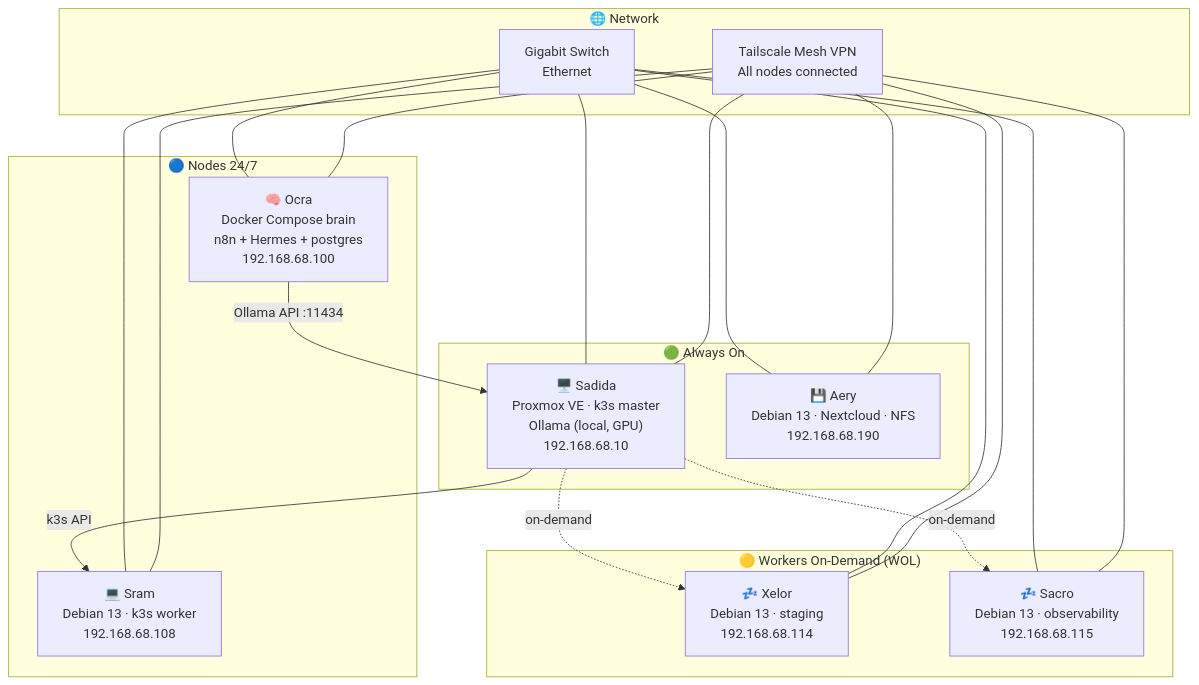
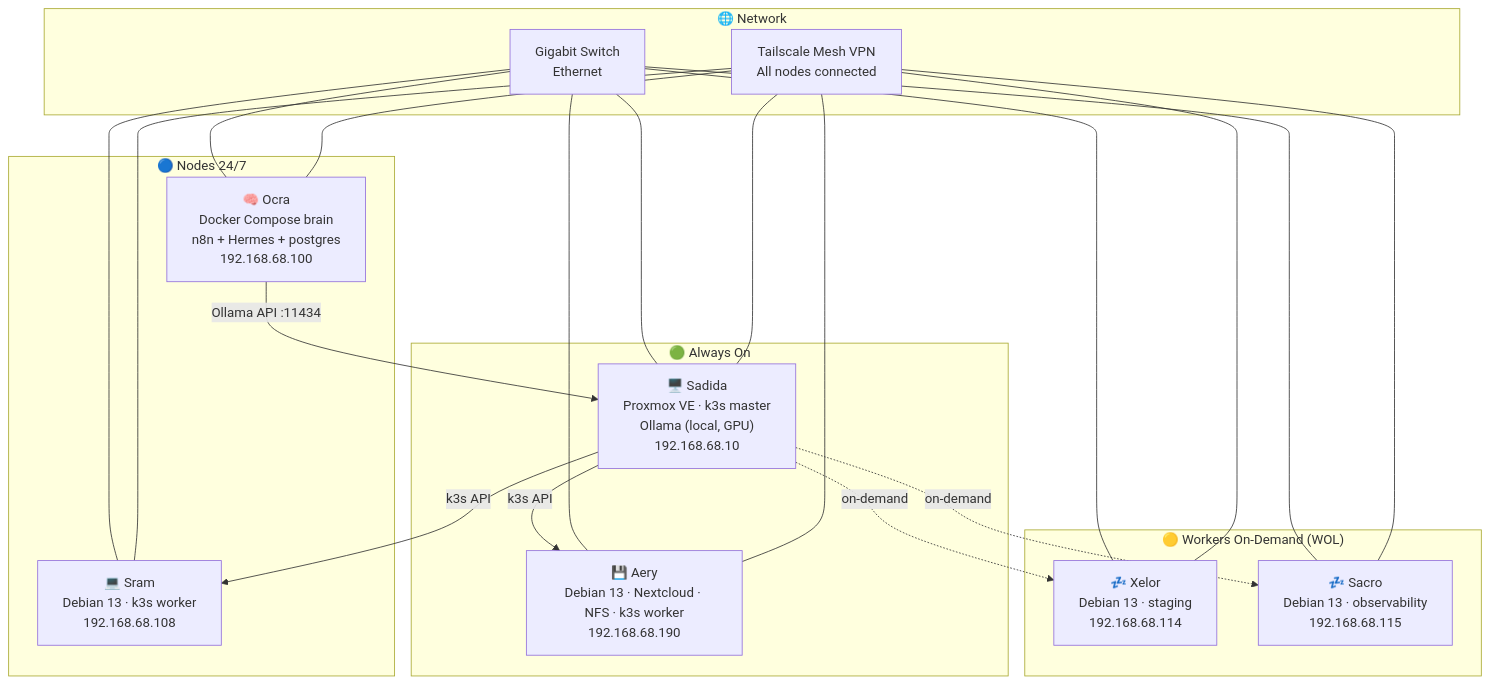
One commit to SethSterling22/HomeLab_Architecture changed the first of 4 diagrams in README.md. Above: the diagram before and after it, drawn with Mermaid. The commit also changed other lines of this file and 2 other files, not shown here.

Commit message:
add aery

````diff
--- a/README.md
+++ b/README.md
@@ -129,41 +129,42 @@
 ```mermaid
 graph TB
     subgraph always_on["🟢 Always On"]
         SADIDA["🖥️ Sadida\nProxmox VE · k3s master\nOllama (local, GPU)\n192.168.68.10"]
-        AERY["💾 Aery\nDebian 13 · Nextcloud · NFS\n192.168.68.190"]
+        AERY["💾 Aery\nDebian 13 · Nextcloud · NFS · k3s worker\n192.168.68.190"]
     end
 
     subgraph workers_24["🔵 Nodes 24/7"]
         OCRA["🧠 Ocra\nDocker Compose brain\nn8n + Hermes + postgres\n192.168.68.100"]
         SRAM["💻 Sram\nDebian 13 · k3s worker\n192.168.68.108"]
     end
 
     subgraph workers_od["🟡 Workers On-Demand (WOL)"]
         XELOR["💤 Xelor\nDebian 13 · staging\n192.168.68.114"]
         SACRO["💤 Sacro\nDebian 13 · observability\n192.168.68.115"]
     end
 
     subgraph network["🌐 Network"]
         SWITCH["Gigabit Switch\nEthernet"]
         TAILSCALE["Tailscale Mesh VPN\nAll nodes connected"]
     end
 
     OCRA -->|Ollama API :11434| SADIDA
     SADIDA -->|k3s API| SRAM
+    SADIDA -->|k3s API| AERY
     SADIDA -.->|on-demand| XELOR
     SADIDA -.->|on-demand| SACRO
 
     SWITCH --- SADIDA
     SWITCH --- AERY
     SWITCH --- SRAM
     SWITCH --- OCRA
     SWITCH --- XELOR
     SWITCH --- SACRO
 
     TAILSCALE --- SADIDA
     TAILSCALE --- SRAM
     TAILSCALE --- OCRA
     TAILSCALE --- XELOR
     TAILSCALE --- SACRO
     TAILSCALE --- AERY
 ```
````
